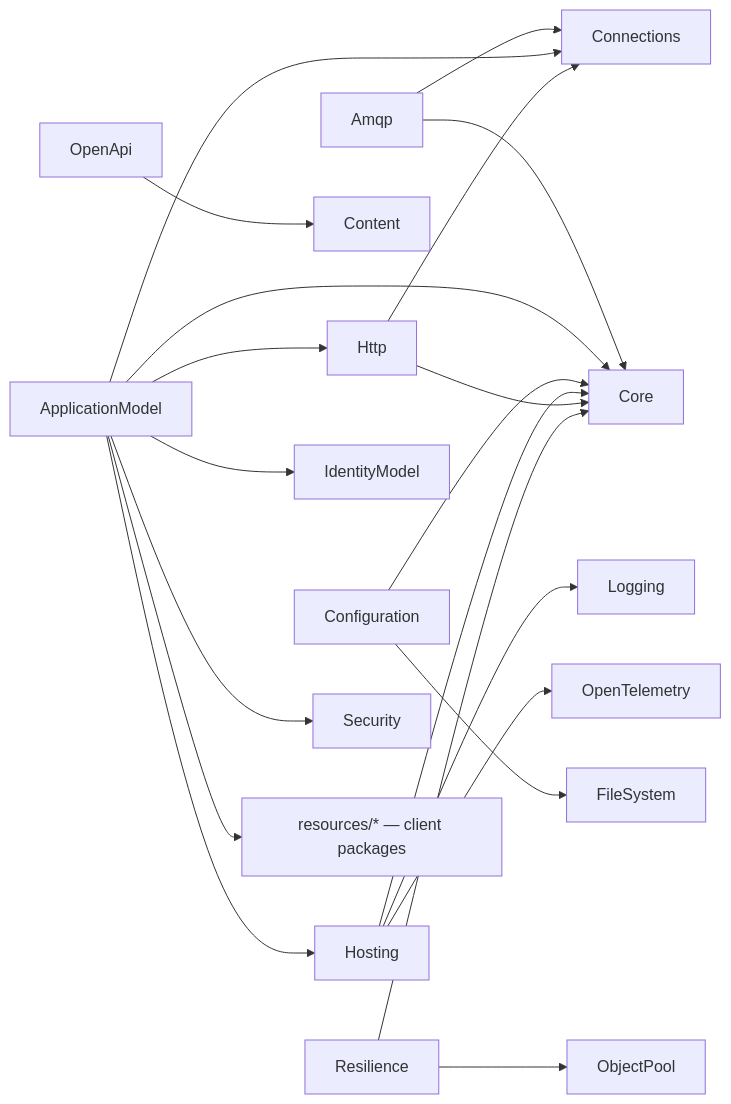
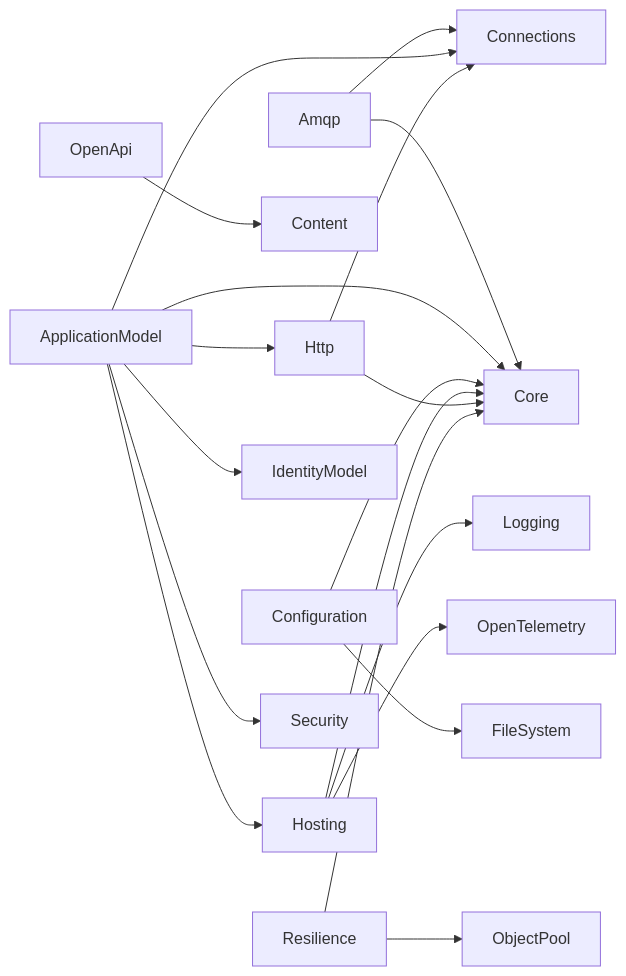
The first of 29 diagrams in docs/DEPENDENCIES.md (assimalign/cohesion), drawn with Mermaid before and after one commit. The commit also changed other lines of this file and 599 other files, not shown here.

````diff
--- a/docs/DEPENDENCIES.md
+++ b/docs/DEPENDENCIES.md
@@ -65,39 +65,37 @@
 ```mermaid
 flowchart LR
     L0["Amqp"]
     L1["ApplicationModel"]
     L2["Configuration"]
     L3["Connections"]
     L4["Content"]
     L5["Core"]
     L6["FileSystem"]
     L7["Hosting"]
     L8["Http"]
     L9["IdentityModel"]
     L10["Logging"]
     L11["ObjectPool"]
     L12["OpenApi"]
     L13["OpenTelemetry"]
     L14["Resilience"]
     L15["Security"]
-    RES["resources/* — client packages"]
     L0 --> L3
     L0 --> L5
     L1 --> L3
     L1 --> L5
     L1 --> L7
     L1 --> L8
     L1 --> L9
     L1 --> L15
-    L1 --> RES
     L2 --> L5
     L2 --> L6
     L7 --> L5
     L7 --> L10
     L7 --> L13
     L8 --> L3
     L8 --> L5
     L12 --> L4
     L14 --> L5
     L14 --> L11
 ```
````
